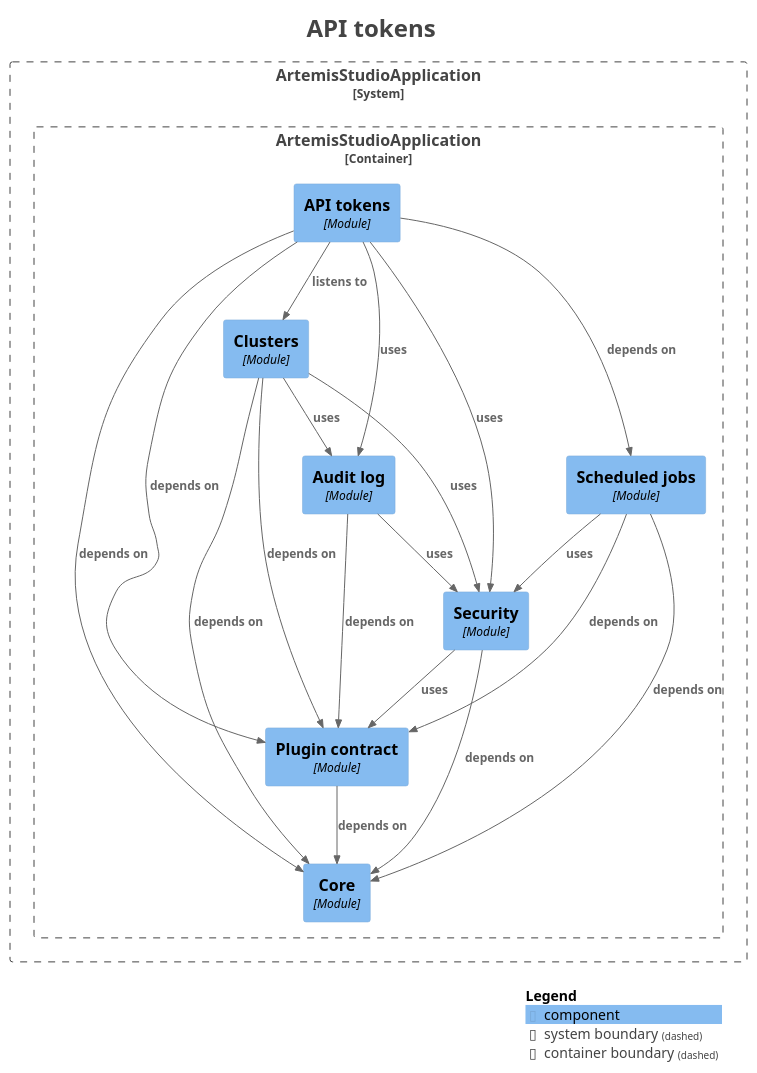
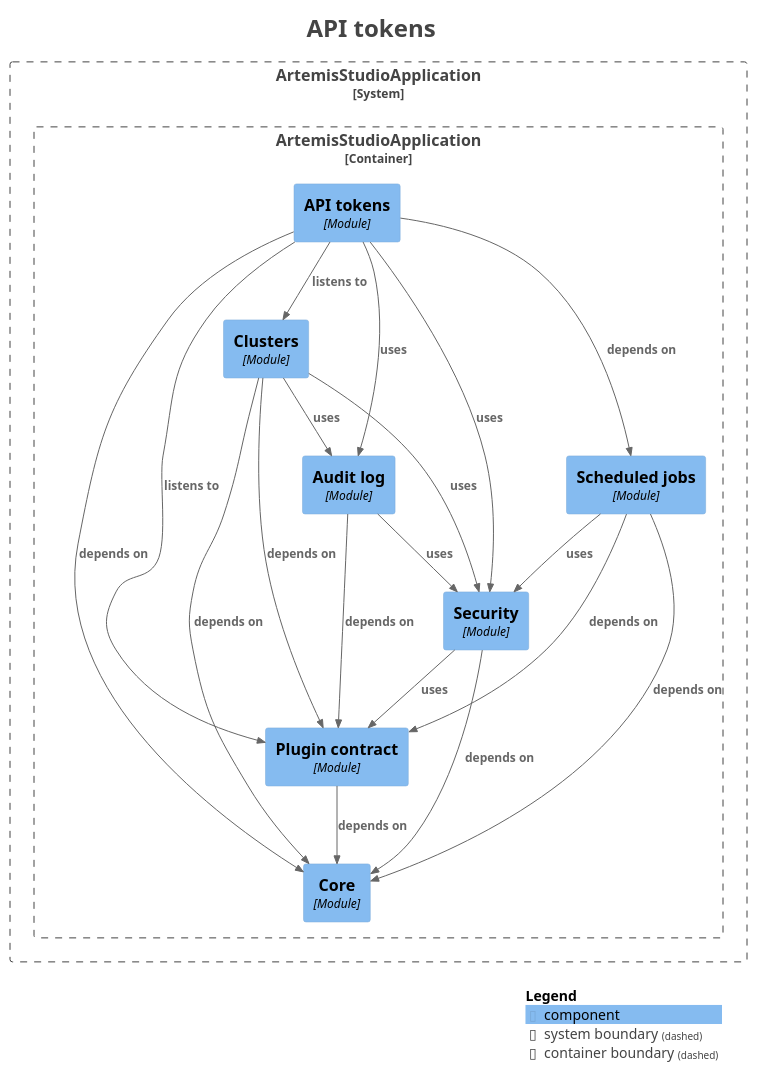
One commit to sudoitir/artemis-studio changed the diagram in docs/modules/module-feature.apitokens.puml. Above: the diagram before and after it, drawn with PlantUML. The commit also changed 45 other files, not shown here.

```diff
--- a/docs/modules/module-feature.apitokens.puml
+++ b/docs/modules/module-feature.apitokens.puml
@@ -1,52 +1,52 @@
 @startuml
 title <size:24>API tokens</size>
 
 set separator none
 top to bottom direction
 
 <style>
   root {
     BackgroundColor: #ffffff
     FontColor: #444444
   }
 </style>
 
 !include <C4/C4>
 !include <C4/C4_Context>
 !include <C4/C4_Component>
 
 System_Boundary("ArtemisStudioApplication_boundary", "ArtemisStudioApplication", $tags="") {
   Container_Boundary("ArtemisStudioApplication.ArtemisStudioApplication_boundary", "ArtemisStudioApplication", $tags="") {
     Component(ArtemisStudioApplication.ArtemisStudioApplication.Clusters, "Clusters", $techn="Module", $descr="", $tags="", $link="")
     Component(ArtemisStudioApplication.ArtemisStudioApplication.APItokens, "API tokens", $techn="Module", $descr="", $tags="", $link="")
     Component(ArtemisStudioApplication.ArtemisStudioApplication.Core, "Core", $techn="Module", $descr="", $tags="", $link="")
     Component(ArtemisStudioApplication.ArtemisStudioApplication.Plugincontract, "Plugin contract", $techn="Module", $descr="", $tags="", $link="")
     Component(ArtemisStudioApplication.ArtemisStudioApplication.Security, "Security", $techn="Module", $descr="", $tags="", $link="")
     Component(ArtemisStudioApplication.ArtemisStudioApplication.Auditlog, "Audit log", $techn="Module", $descr="", $tags="", $link="")
     Component(ArtemisStudioApplication.ArtemisStudioApplication.Scheduledjobs, "Scheduled jobs", $techn="Module", $descr="", $tags="", $link="")
   }
 
 }
 
 Rel(ArtemisStudioApplication.ArtemisStudioApplication.APItokens, ArtemisStudioApplication.ArtemisStudioApplication.Auditlog, "uses", $techn="", $tags="", $link="")
 Rel(ArtemisStudioApplication.ArtemisStudioApplication.APItokens, ArtemisStudioApplication.ArtemisStudioApplication.Clusters, "listens to", $techn="", $tags="", $link="")
 Rel(ArtemisStudioApplication.ArtemisStudioApplication.APItokens, ArtemisStudioApplication.ArtemisStudioApplication.Core, "depends on", $techn="", $tags="", $link="")
-Rel(ArtemisStudioApplication.ArtemisStudioApplication.APItokens, ArtemisStudioApplication.ArtemisStudioApplication.Plugincontract, "depends on", $techn="", $tags="", $link="")
+Rel(ArtemisStudioApplication.ArtemisStudioApplication.APItokens, ArtemisStudioApplication.ArtemisStudioApplication.Plugincontract, "listens to", $techn="", $tags="", $link="")
 Rel(ArtemisStudioApplication.ArtemisStudioApplication.APItokens, ArtemisStudioApplication.ArtemisStudioApplication.Scheduledjobs, "depends on", $techn="", $tags="", $link="")
 Rel(ArtemisStudioApplication.ArtemisStudioApplication.APItokens, ArtemisStudioApplication.ArtemisStudioApplication.Security, "uses", $techn="", $tags="", $link="")
 Rel(ArtemisStudioApplication.ArtemisStudioApplication.Auditlog, ArtemisStudioApplication.ArtemisStudioApplication.Plugincontract, "depends on", $techn="", $tags="", $link="")
 Rel(ArtemisStudioApplication.ArtemisStudioApplication.Auditlog, ArtemisStudioApplication.ArtemisStudioApplication.Security, "uses", $techn="", $tags="", $link="")
 Rel(ArtemisStudioApplication.ArtemisStudioApplication.Clusters, ArtemisStudioApplication.ArtemisStudioApplication.Auditlog, "uses", $techn="", $tags="", $link="")
 Rel(ArtemisStudioApplication.ArtemisStudioApplication.Clusters, ArtemisStudioApplication.ArtemisStudioApplication.Core, "depends on", $techn="", $tags="", $link="")
 Rel(ArtemisStudioApplication.ArtemisStudioApplication.Clusters, ArtemisStudioApplication.ArtemisStudioApplication.Plugincontract, "depends on", $techn="", $tags="", $link="")
 Rel(ArtemisStudioApplication.ArtemisStudioApplication.Clusters, ArtemisStudioApplication.ArtemisStudioApplication.Security, "uses", $techn="", $tags="", $link="")
 Rel(ArtemisStudioApplication.ArtemisStudioApplication.Plugincontract, ArtemisStudioApplication.ArtemisStudioApplication.Core, "depends on", $techn="", $tags="", $link="")
 Rel(ArtemisStudioApplication.ArtemisStudioApplication.Scheduledjobs, ArtemisStudioApplication.ArtemisStudioApplication.Core, "depends on", $techn="", $tags="", $link="")
 Rel(ArtemisStudioApplication.ArtemisStudioApplication.Scheduledjobs, ArtemisStudioApplication.ArtemisStudioApplication.Plugincontract, "depends on", $techn="", $tags="", $link="")
 Rel(ArtemisStudioApplication.ArtemisStudioApplication.Scheduledjobs, ArtemisStudioApplication.ArtemisStudioApplication.Security, "uses", $techn="", $tags="", $link="")
 Rel(ArtemisStudioApplication.ArtemisStudioApplication.Security, ArtemisStudioApplication.ArtemisStudioApplication.Core, "depends on", $techn="", $tags="", $link="")
 Rel(ArtemisStudioApplication.ArtemisStudioApplication.Security, ArtemisStudioApplication.ArtemisStudioApplication.Plugincontract, "uses", $techn="", $tags="", $link="")
 
 SHOW_LEGEND(true)
 hide stereotypes
 @enduml
```
